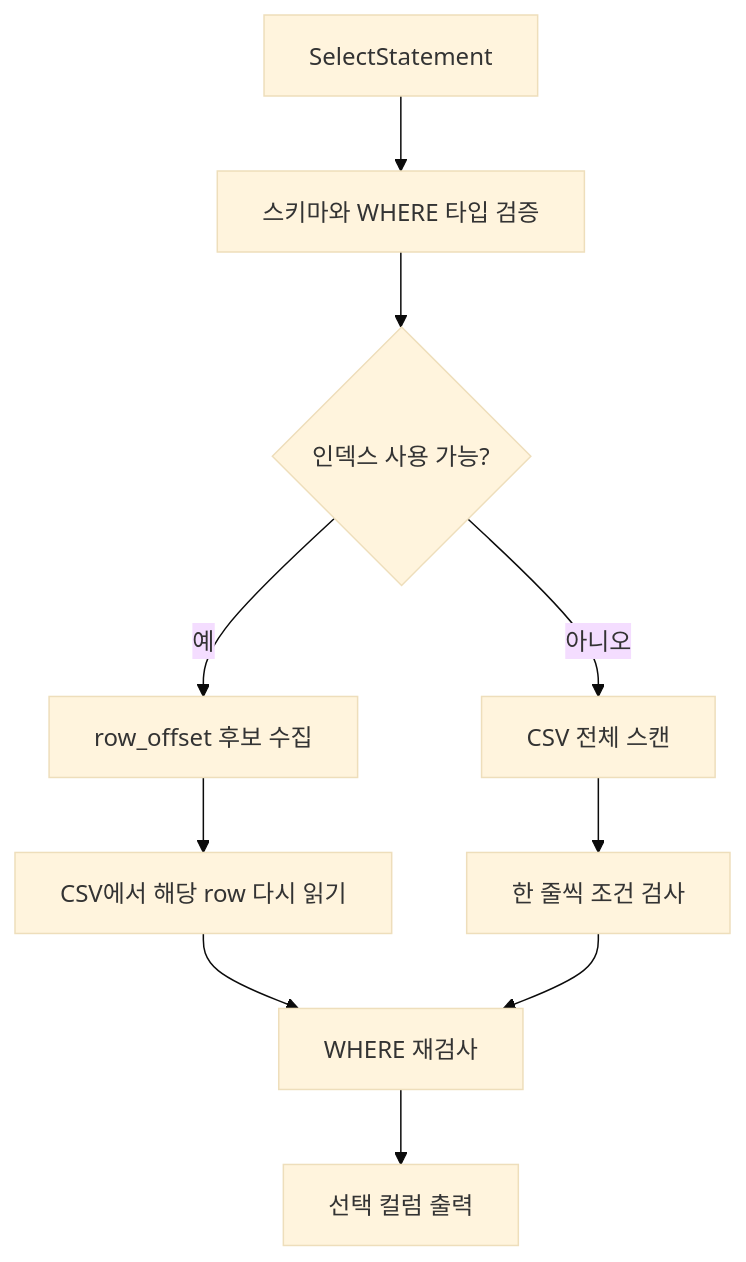
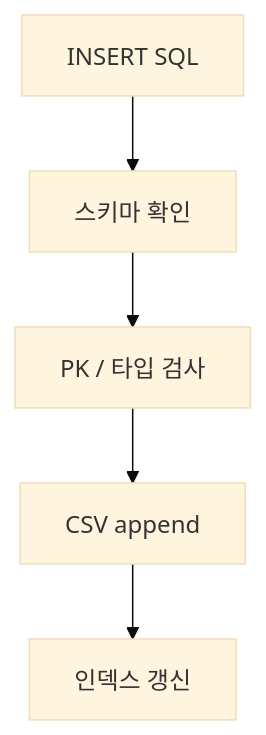
Before and after one commit to Jungle-12-303/week6-team5-sql: the sixth of 7 diagrams in docs/code-reading-notes.md, drawn with Mermaid (base theme). The commit also changed other lines of this file, not shown here.

````diff
--- a/docs/code-reading-notes.md
+++ b/docs/code-reading-notes.md
@@ -283,12 +501,7 @@
 ```mermaid
 flowchart TD
-    A["SelectStatement"] --> B["스키마와 WHERE 타입 검증"]
-    B --> C{"인덱스 사용 가능?"}
-    C -- 예 --> D["row_offset 후보 수집"]
-    C -- 아니오 --> E["CSV 전체 스캔"]
-    D --> F["CSV에서 해당 row 다시 읽기"]
-    E --> G["한 줄씩 조건 검사"]
-    F --> H["WHERE 재검사"]
-    G --> H
-    H --> I["선택 컬럼 출력"]
+    A["INSERT SQL"] --> B["스키마 확인"]
+    B --> C["PK / 타입 검사"]
+    C --> D["CSV append"]
+    D --> E["인덱스 갱신"]
 ```
````
